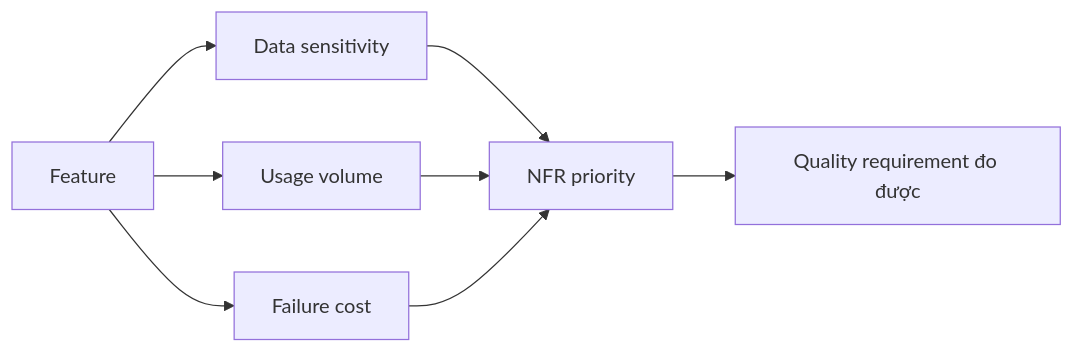
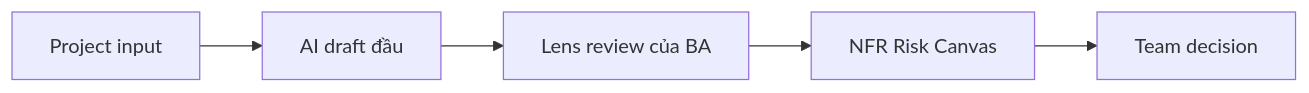
Before and after one commit to anhtnt90dev/ai-for-ba: the first of 2 diagrams in docs/vi/lessons/non-functional-requirements-and-risk/index.md, drawn with Mermaid. The commit also changed other lines of this file and 40 other files, not shown here.

````diff
--- a/docs/vi/lessons/non-functional-requirements-and-risk/index.md
+++ b/docs/vi/lessons/non-functional-requirements-and-risk/index.md
@@ -68,10 +84,12 @@
 ```mermaid
 flowchart LR
-    A["Feature"] --> B["Data sensitivity"]
-    A --> C["Usage volume"]
-    A --> D["Failure cost"]
-    B --> E["NFR priority"]
-    C --> E
+    A["Project input"]
+    B["AI draft đầu"]
+    A --> B
+    C["Lens review của BA"]
+    B --> C
+    D["NFR Risk Canvas"]
+    C --> D
+    E["Team decision"]
     D --> E
-    E --> F["Quality requirement đo được"]
 ```
````
